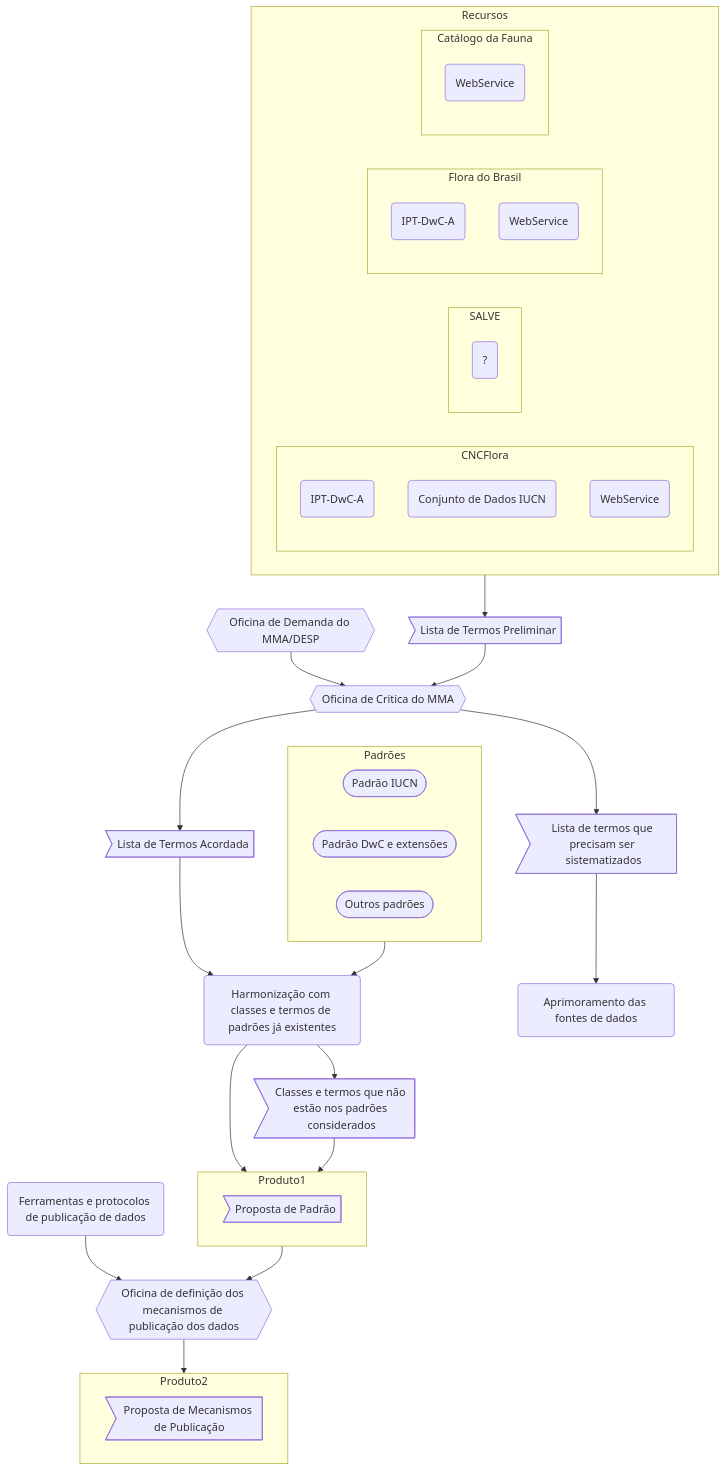
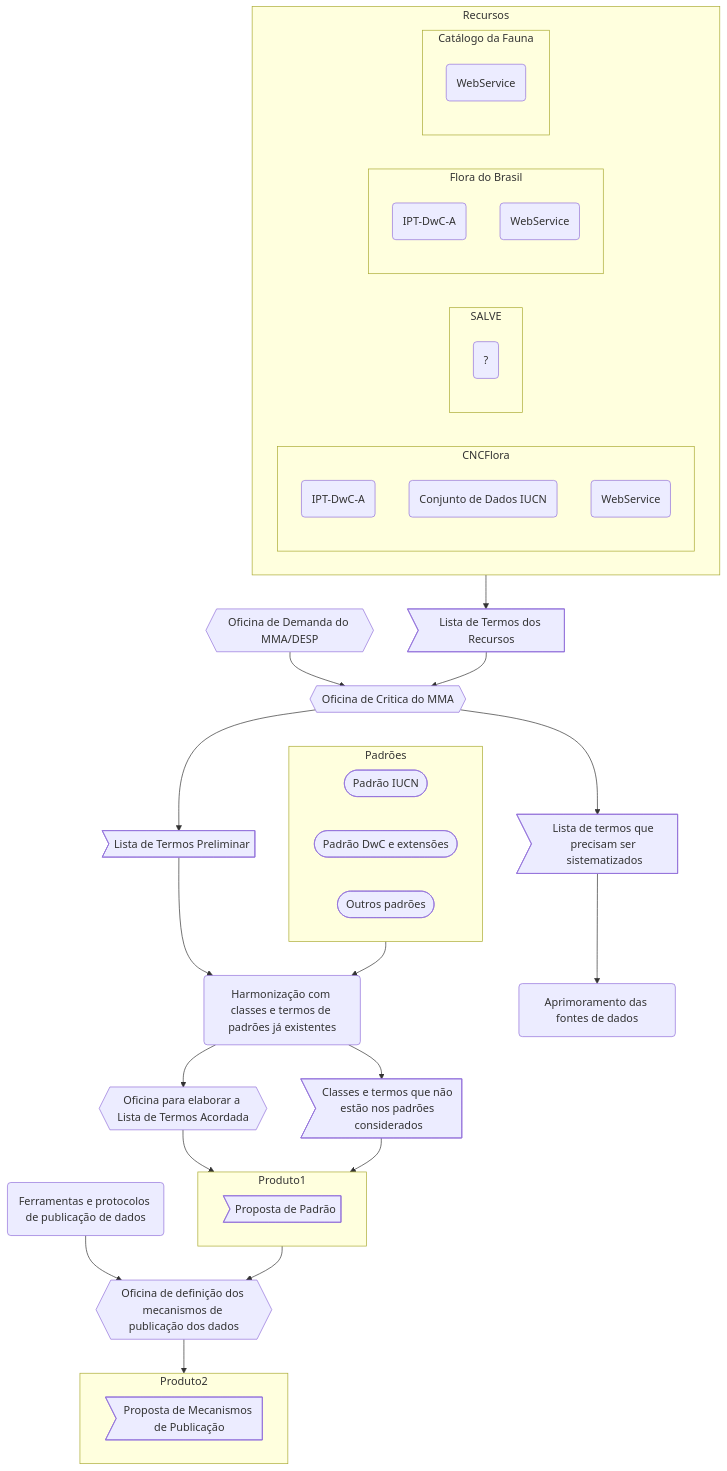
Before and after one commit to jlanna/MMA-Ameacadas: the first of 2 diagrams in plano-de-trabalho/fluxograma.md, drawn with Mermaid. The commit also changed 1 other file, not shown here.

````diff
--- a/plano-de-trabalho/fluxograma.md
+++ b/plano-de-trabalho/fluxograma.md
@@ -5,77 +5,79 @@
 ```mermaid
 flowchart TB
     
     %% define os recursos existentes que precisam ter seus termos levantados e compilados
     subgraph Recursos
         direction RL    
         subgraph CNCFlora
             direction TB
             rec1(IPT-DwC-A)
             rec2(Conjunto de Dados IUCN)
             rec3(WebService)
         end
         subgraph SALVE
             direction TB
             rec4(?)
         end
         subgraph Flora do Brasil
             direction TB
             rec5(IPT-DwC-A)
             rec6(WebService)
         end
         subgraph Catálogo da Fauna
             direction TB
             rec8(WebService)
         end
      end
     
     %% oficina de demanda do MMA
     2{{Oficina de Demanda do MMA/DESP}} --> 4
     
     %% geração do produto (3) 
-    Recursos --> 3>Lista de Termos Preliminar]
+    Recursos --> 3>Lista de Termos dos Recursos]
 
     %% produto (3) alimenta a oficina do MMA para critica aos termos existentes (4)
     3 --> 4{{Oficina de Critica do MMA}}
 
     %% a oficina (4) tem como resultado uma lista de termos acordada (6) e uma lista de termos que é demandada pelo MMA mas não está presente nos recursos (5)
     4 --> 5>Lista de termos que precisam ser sistematizados]
-    4 --> 6>Lista de Termos Acordada]
+    4 --> 6>Lista de Termos Preliminar]
 
     %% a lista de termos que é demandada mas não está presente nos recursos (5)alimenta um o aprimoramento das fontes de dados (8)
     5 --> 8(Aprimoramento das fontes de dados)
     
     %% a lista de termos acordada na oficina (6) alimenta a ação de harmonização dos termos com os padrões existentes (9), na ação (7)
     6 --> 7(Harmonização com classes e termos de padrões já existentes)
+    7 --> 15{{Oficina para elaborar a Lista de Termos Acordada}}
+    15  --> Produto1
 
     %% bloco dos padrões existentes (9)
     subgraph Padrões
         direction RL
         G([Padrão IUCN])
         H([Padrão DwC e extensões])
         I([Outros padrões])
     end
     Padrões --> 7
 
     %% a ação de harmonização irá encontrar classes e termos demandados que não estão presentes em nenhum padrão, gerando a necessidade de sistematizar essas classes e termos em um relatório (10)
     7 --> 10>Classes e termos que não estão nos padrões considerados]
 
     %% o Produto1 é gerado pela compilação das classes e termos presentes nos padrões existentes e por um novo conjunto de classes e termos, não presentes nos padrões mas demandados pelo MMA
     subgraph Produto1
         11>Proposta de Padrão]
     end
-    7 --> Produto1
+    
     10 --> Produto1
 
     %% o Produto1 alimenta a oficina para definição dos mecanimos de publicação
     Produto1 --> 12{{Oficina de definição dos mecanismos de publicação dos dados}}
 
     %% ferramentas e protocolos de publicação de dados também alimenta a oficina 13
     13(Ferramentas e protocolos de publicação de dados) --> 12
 
     %% a oficina 13 gera a proposta de mecanismos de publicação
     subgraph Produto2
         14>Proposta de Mecanismos de Publicação]
     end
     12 --> Produto2
 ```
````
